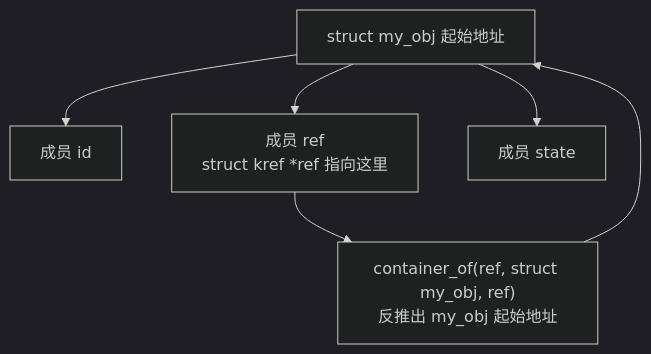
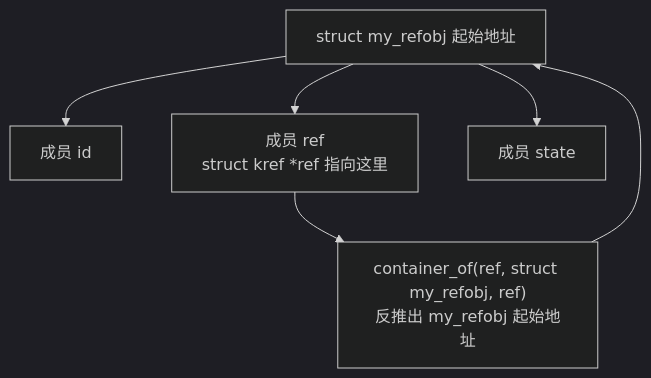
One commit to FormingSystem/linux_note changed the third of 4 diagrams in appendix/kernel_data_structure/kref-引用计数/第 2 章：源码入口与结构定义.md. Above: the diagram before and after it, drawn with Mermaid (dark theme). The commit also changed other lines of this file and 9 other files, not shown here.

````diff
--- a/appendix/kernel_data_structure/kref-引用计数/第 2 章：源码入口与结构定义.md
+++ b/appendix/kernel_data_structure/kref-引用计数/第 2 章：源码入口与结构定义.md
@@ -1112,14 +1515,14 @@
 ```mermaid
 graph TD
-	A["struct my_obj 起始地址"]
+	A["struct my_refobj 起始地址"]
 	B["成员 id"]
 	C["成员 ref<br/>struct kref *ref 指向这里"]
 	D["成员 state"]
-	E["container_of(ref, struct my_obj, ref)<br/>反推出 my_obj 起始地址"]
+	E["container_of(ref, struct my_refobj, ref)<br/>反推出 my_refobj 起始地址"]
 
 	A --> B
 	A --> C
 	A --> D
 	C --> E
 	E --> A
 ```
````
